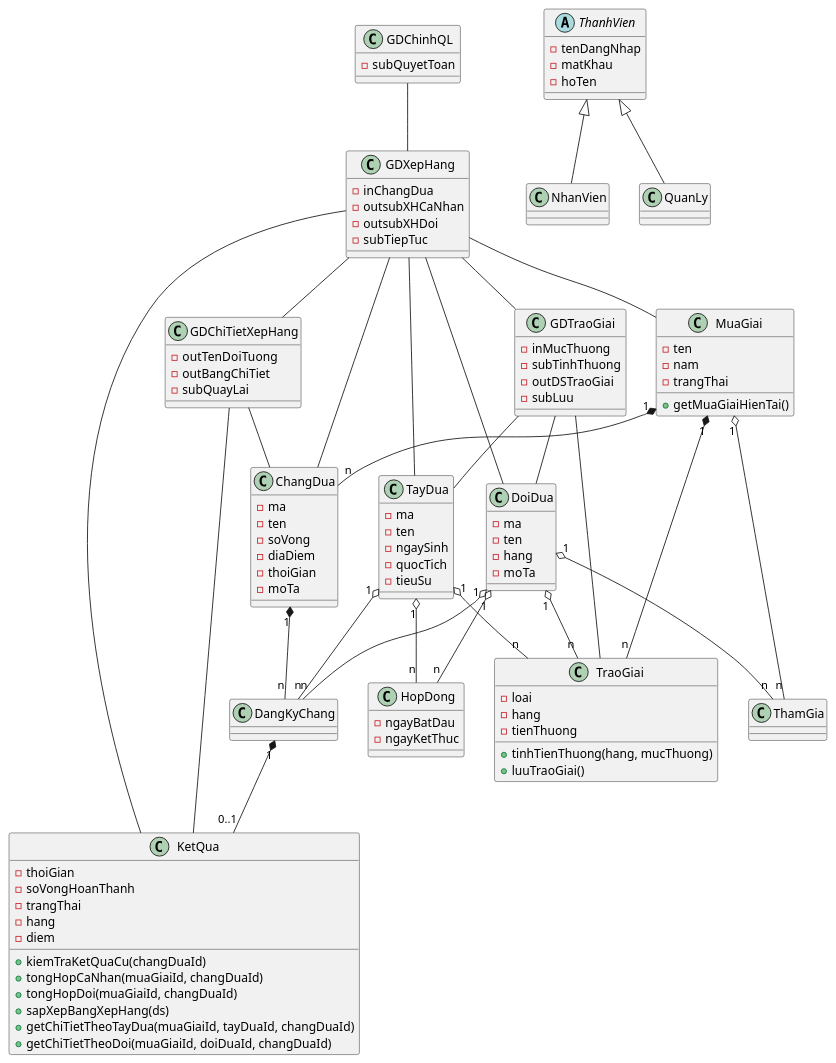
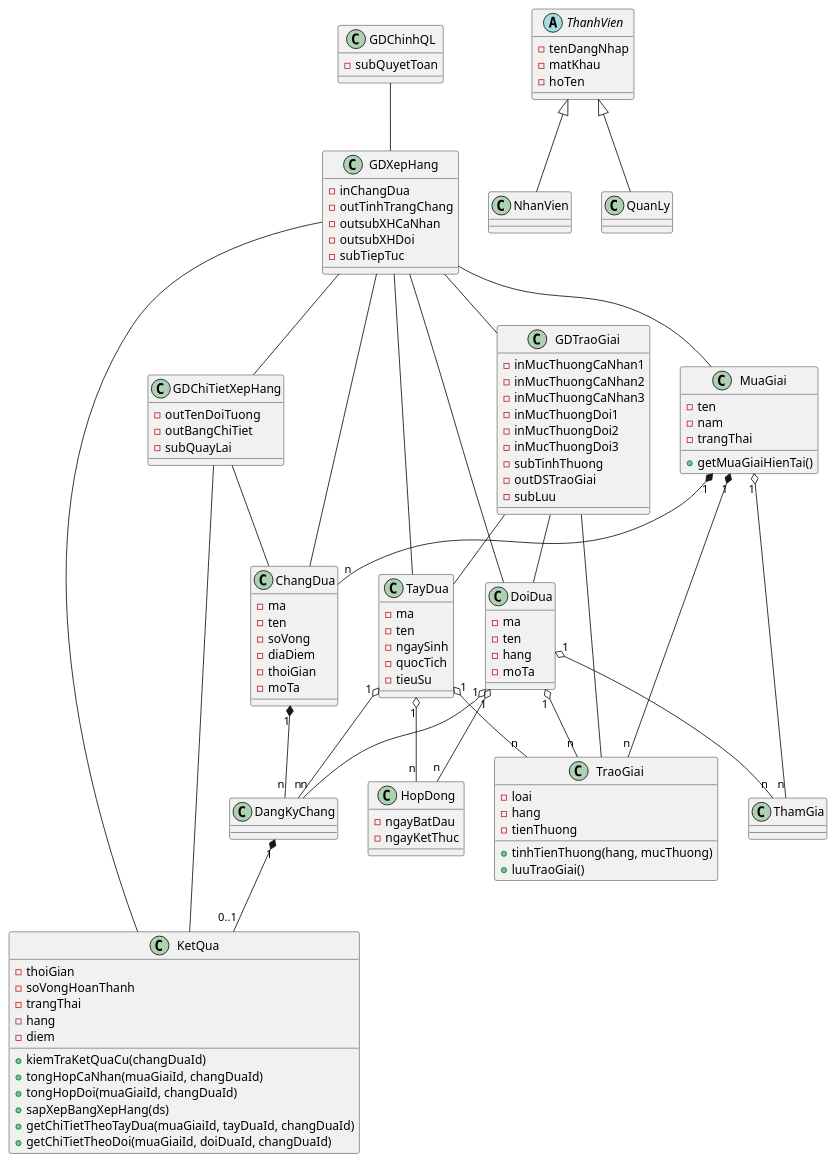
One commit to 7gho/CNPM-He2026 changed the third of 6 diagrams in Module 4 - Thanh/noi-dung.md. Above: the diagram before and after it, drawn with PlantUML. The commit also changed other lines of this file and 23 other files, not shown here.

```diff
--- a/Module 4 - Thanh/noi-dung.md
+++ b/Module 4 - Thanh/noi-dung.md
@@ -233,6 +267,7 @@
 }
 class GDXepHang {
   -inChangDua
+  -outTinhTrangChang
   -outsubXHCaNhan
   -outsubXHDoi
   -subTiepTuc
@@ -243,7 +278,12 @@
   -subQuayLai
 }
 class GDTraoGiai {
-  -inMucThuong
+  -inMucThuongCaNhan1
+  -inMucThuongCaNhan2
+  -inMucThuongCaNhan3
+  -inMucThuongDoi1
+  -inMucThuongDoi2
+  -inMucThuongDoi3
   -subTinhThuong
   -outDSTraoGiai
   -subLuu
```
